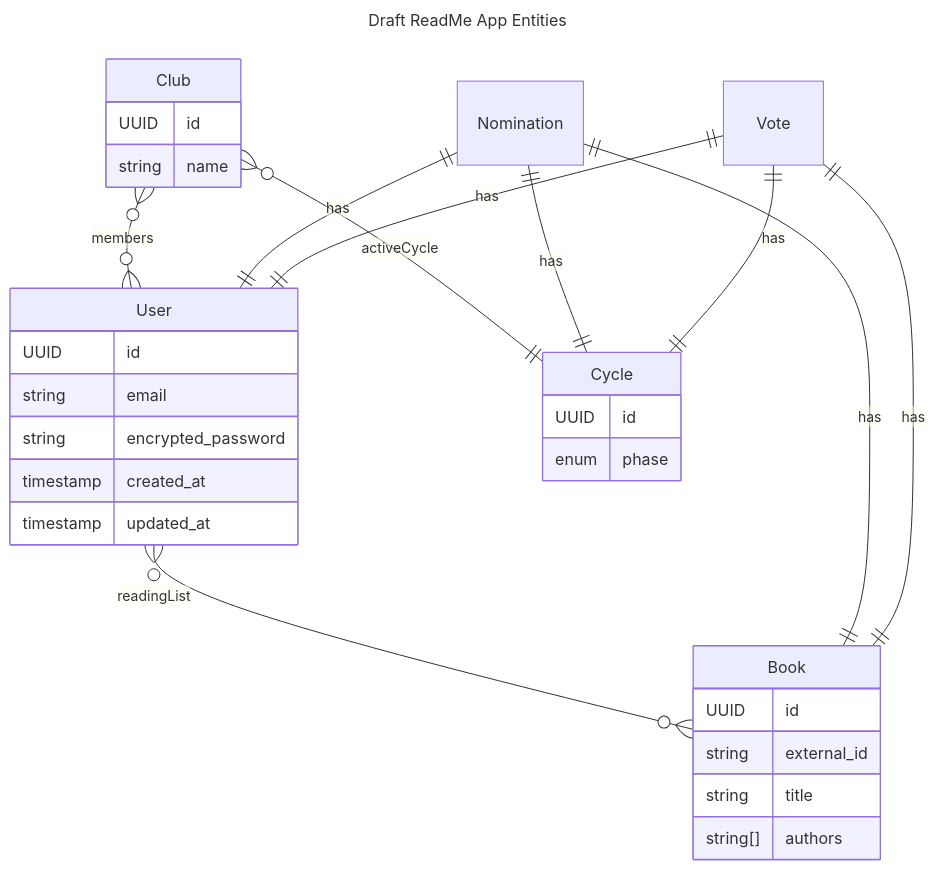
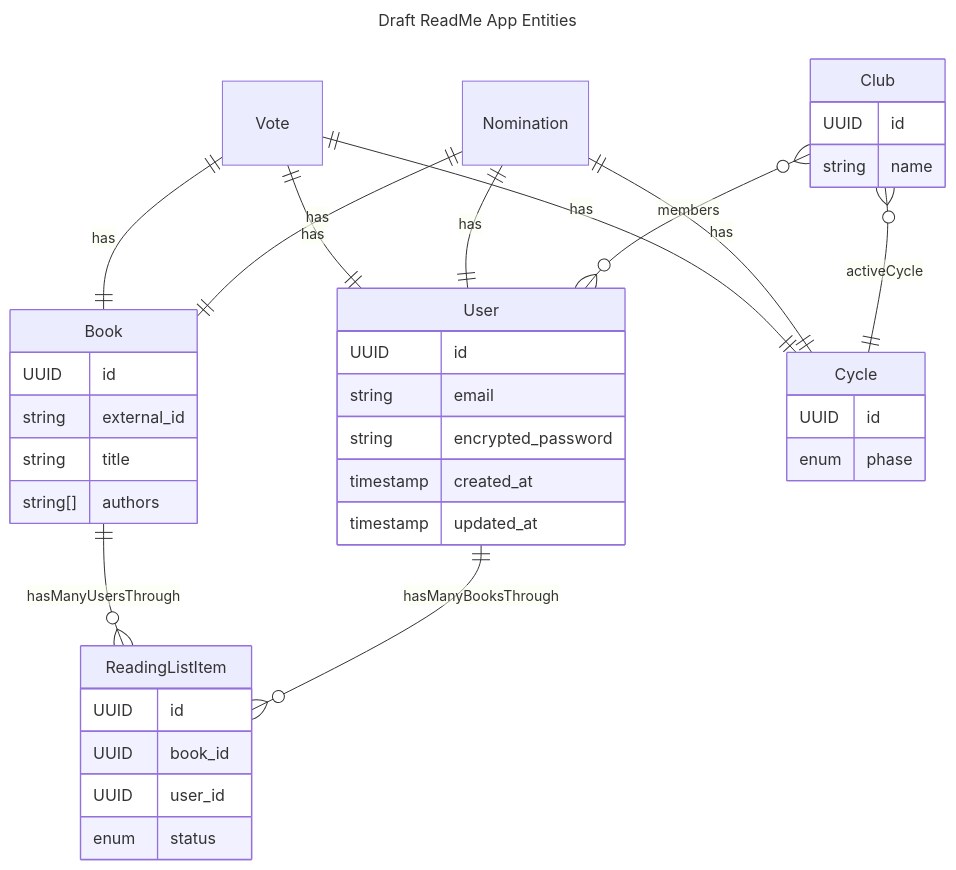
One commit to stevebutler2210/ReadMe changed the diagram in entities.md. Above: the diagram before and after it, drawn with Mermaid. The commit also changed 10 other files, not shown here.

First line of the commit message:
feat: Add Book model / relations to User (#4)

````diff
--- a/entities.md
+++ b/entities.md
@@ -1,40 +1,48 @@
 ```mermaid
 ---
 title: Draft ReadMe App Entities
 ---
 erDiagram
-  User }o--o{ Book : readingList
+  User ||--o{ ReadingListItem : hasManyBooksThrough
+  Book ||--o{ ReadingListItem : hasManyUsersThrough
   Club }o--o{ User : members
   Club }o--|| Cycle : activeCycle
   Nomination ||--|| Book : has
   Nomination ||--|| Cycle : has
   Nomination ||--|| User : has
   Vote ||--|| Book : has
   Vote ||--|| Cycle : has
   Vote ||--|| User : has
 
   User {
     UUID id
     string email
     string encrypted_password
     timestamp created_at
     timestamp updated_at
   }
 
   Book {
     UUID id
     string external_id
     string title
     string[] authors
   }
 
   Club {
     UUID id
     string name
   }
 
   Cycle {
     UUID id
     enum phase
   }
+
+  ReadingListItem {
+    UUID id
+    UUID book_id
+    UUID user_id
+    enum status
+  }
 ```
````
